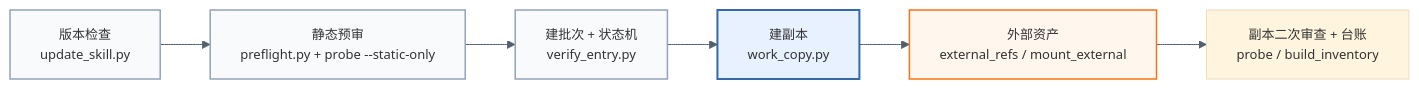
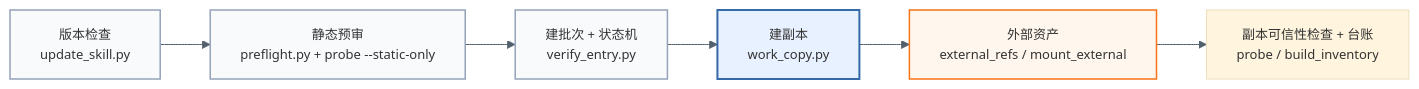
One commit to KnowledgeXLab/sci-asset-verify-skill changed the first of 4 diagrams in README.md. Above: the diagram before and after it, drawn with Mermaid. The commit also changed other lines of this file and 5 other files, not shown here.

````diff
--- a/README.md
+++ b/README.md
@@ -173,12 +173,12 @@
 ```mermaid
 %%{init: {"theme": "base", "themeVariables": {"fontSize": "13px", "lineColor": "#52606d"}}}%%
 flowchart LR
-    A["版本检查<br/>update_skill.py"] --> B["静态预审<br/>preflight.py + probe --static-only"] --> C["建批次 + 状态机<br/>verify_entry.py"] --> D["建副本<br/>work_copy.py"] --> E["外部资产<br/>external_refs / mount_external"] --> F["副本二次审查 + 台账<br/>probe / build_inventory"]
+    A["版本检查<br/>update_skill.py"] --> B["静态预审<br/>preflight.py + probe --static-only"] --> C["建批次 + 状态机<br/>verify_entry.py"] --> D["建副本<br/>work_copy.py"] --> E["外部资产<br/>external_refs / mount_external"] --> F["副本可信性检查 + 台账<br/>probe / build_inventory"]
 
     classDef script fill:#f8fafc,stroke:#94a3b8,stroke-width:1.5px;
     classDef human fill:#fff7ed,stroke:#f97316,stroke-width:1.5px;
     classDef focus fill:#e8f1ff,stroke:#3569a8,stroke-width:2px;
     class A,B,C script;
     class D focus;
     class E human;
 ```
````
